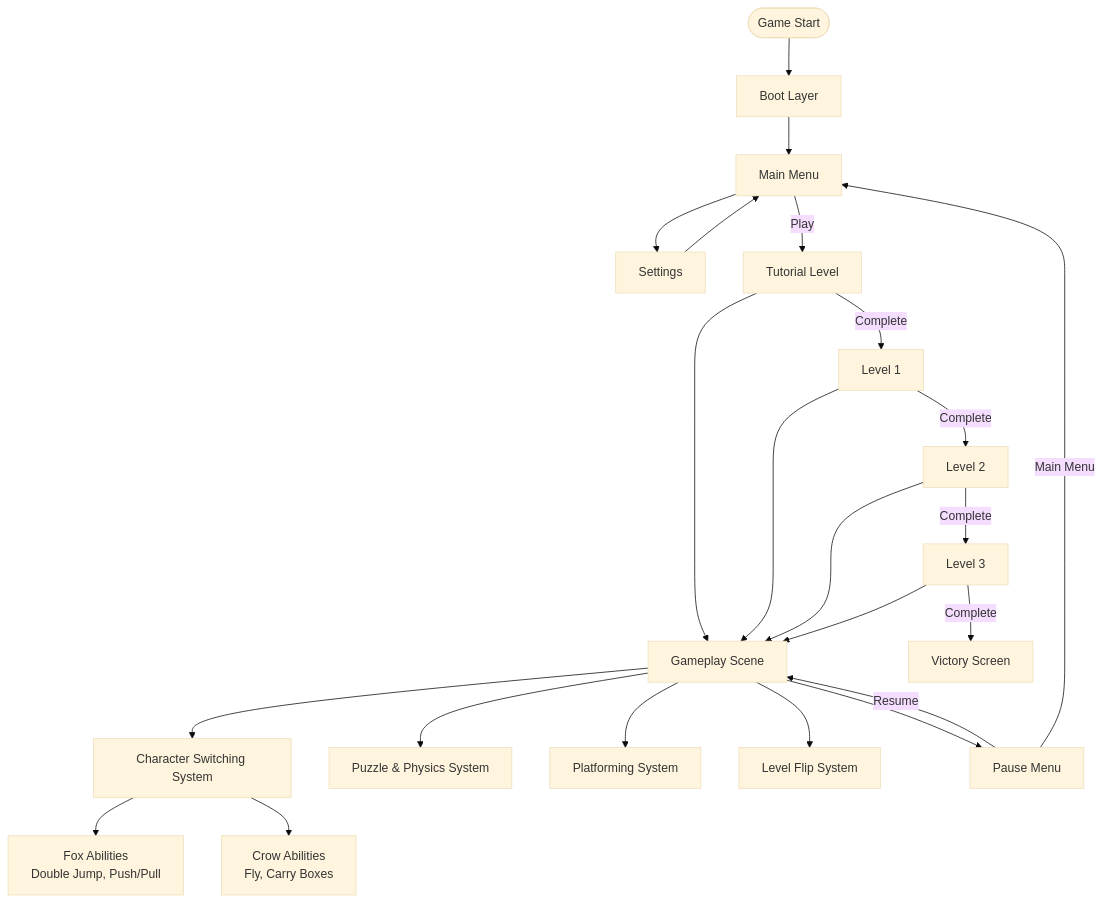
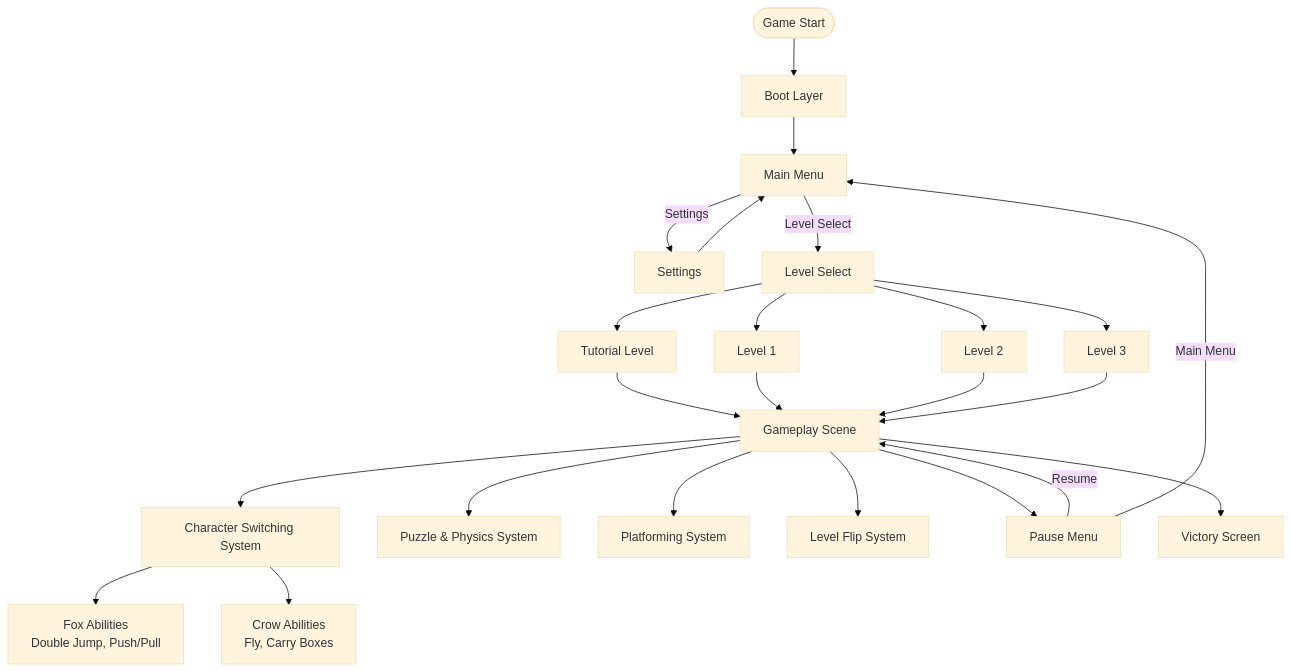
The second of 4 diagrams in README.md (Justsomeguy241/Out-of-the-box), drawn with Mermaid (base theme) before and after one commit.

````diff
--- a/README.md
+++ b/README.md
@@ -48,58 +48,64 @@
 ```mermaid
 graph TD
     %% Initialization & Menus
     Start([Game Start])
     Boot[Boot Layer]
     MM[Main Menu]
     Settings[Settings]
+    LevelSelect[Level Select]
 
     %% Gameplay Core
     GP[Gameplay Scene]
     Switch[Character Switching System]
     Puzzle[Puzzle & Physics System]
     Platforming[Platforming System]
     Flip[Level Flip System]
 
     %% Characters
     Fox[Fox Abilities<br/>Double Jump, Push/Pull]
     Crow[Crow Abilities<br/>Fly, Carry Boxes]
 
     %% UI & States
     Pause[Pause Menu]
     Victory[Victory Screen]
 
     %% Level Progression
     Tutorial[Tutorial Level]
     Level1[Level 1]
     Level2[Level 2]
     Level3[Level 3]
 
     %% Flows
     Start --> Boot --> MM
-    MM -->|Play| Tutorial
-    MM --> Settings
+    MM -->|Settings| Settings
+    MM -->|Level Select| LevelSelect
     Settings --> MM
 
-    Tutorial -->|Complete| Level1
-    Level1 -->|Complete| Level2
-    Level2 -->|Complete| Level3
-    Level3 -->|Complete| Victory
+    %% Level Select leads to any level
+    LevelSelect --> Tutorial
+    LevelSelect --> Level1
+    LevelSelect --> Level2
+    LevelSelect --> Level3
 
     %% Levels connect to Gameplay
     Tutorial --> GP
     Level1 --> GP
     Level2 --> GP
     Level3 --> GP
+    GP --> Victory
 
+    %% Gameplay Systems
     GP --> Switch
     Switch --> Fox
     Switch --> Crow
     GP --> Puzzle
     GP --> Platforming
     GP --> Flip
 
+    %% Pause Menu
     GP --> Pause
     Pause -->|Resume| GP
     Pause -->|Main Menu| MM
 
+
 ```
````
